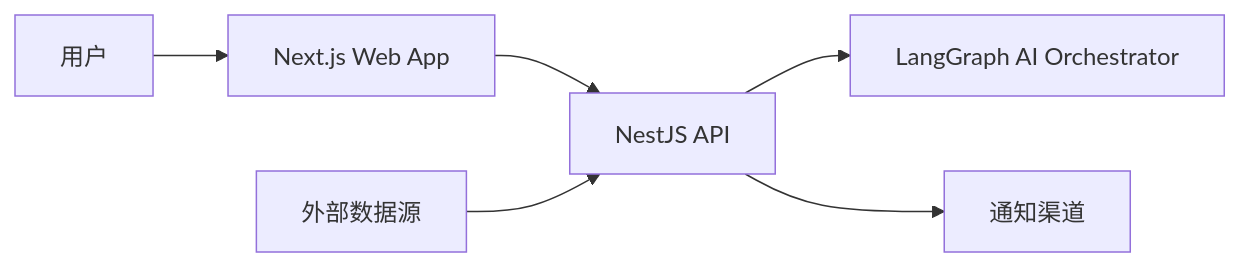
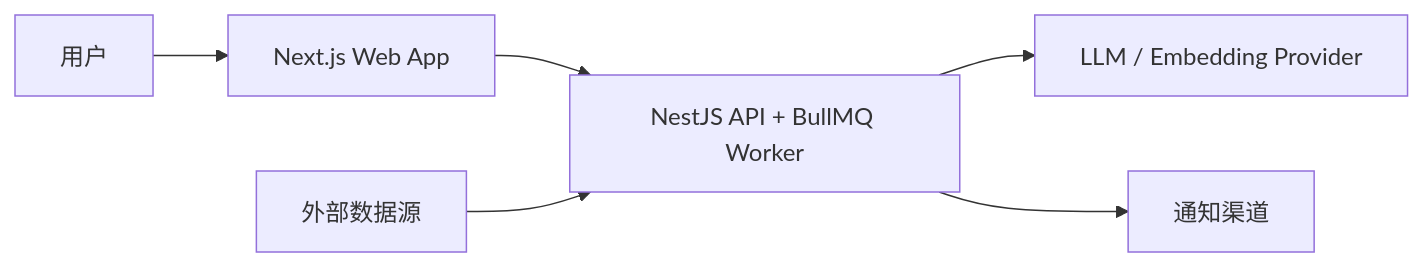
The first of 15 diagrams in docs/technical-architecture.md (583175694/alpha-sight), drawn with Mermaid before and after one commit. The commit also changed other lines of this file and 1 other file, not shown here.

First line of the commit message:
feat: update technical architecture documentation for v0.3

````diff
--- a/docs/technical-architecture.md
+++ b/docs/technical-architecture.md
@@ -114,15 +153,15 @@
 ```mermaid
 flowchart LR
     U[用户]
     WEB[Next.js Web App]
-    API[NestJS API]
-    AI[LangGraph AI Orchestrator]
+    APP[NestJS API + BullMQ Worker]
     DATA[外部数据源]
+    LLM[LLM / Embedding Provider]
     MSG[通知渠道]
 
     U --> WEB
-    WEB --> API
-    API --> AI
-    DATA --> API
-    API --> MSG
+    WEB --> APP
+    DATA --> APP
+    APP --> LLM
+    APP --> MSG
 ```
````
